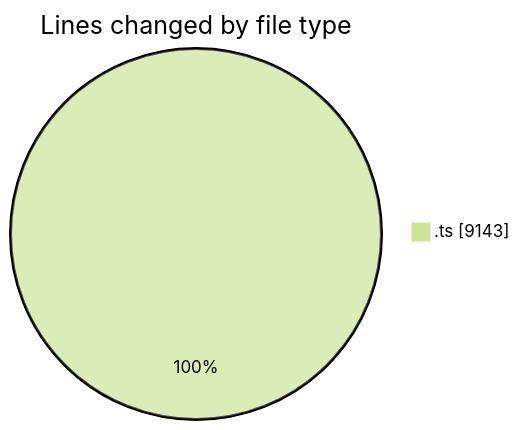
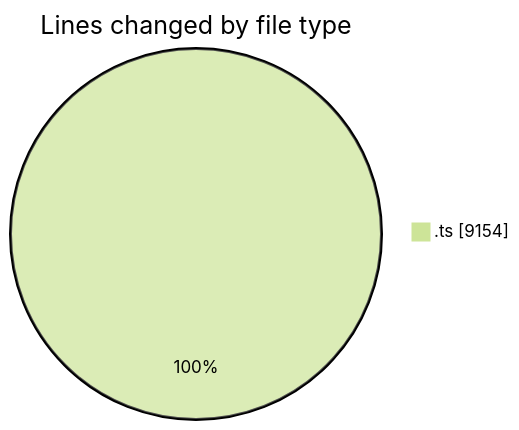
Before and after one commit to momahboobian/code-tracking: the first of 2 diagrams in 2025-10-23/cda/README.md, drawn with Mermaid (forest theme). The commit also changed other lines of this file and 1 other file, not shown here.

````diff
--- a/2025-10-23/cda/README.md
+++ b/2025-10-23/cda/README.md
@@ -26,5 +26,5 @@
 ```mermaid
 pie showData
 title Lines changed by file type
-".ts" : 9143
+".ts" : 9154
 ```
````
